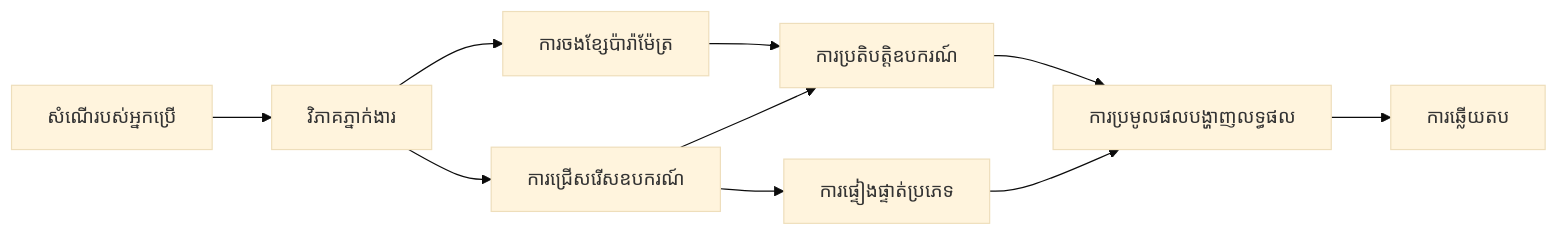
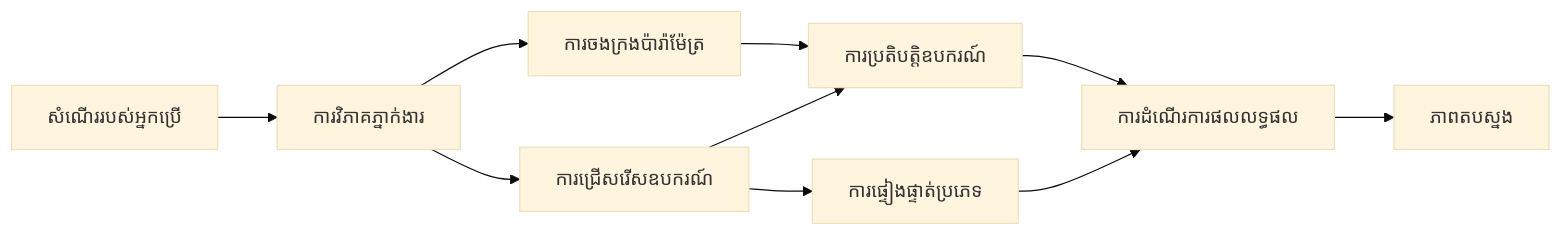
Before and after one commit to venturemavenwill/azureaifundamentals: the diagram in translations/km/04-tool-use/code_samples/04-dotnet-agent-framework.md, drawn with Mermaid (base theme). The commit also changed other lines of this file and 2002 other files, not shown here.

````diff
--- a/translations/km/04-tool-use/code_samples/04-dotnet-agent-framework.md
+++ b/translations/km/04-tool-use/code_samples/04-dotnet-agent-framework.md
@@ -40,12 +40,12 @@
 ```mermaid
 graph LR
-    A[សំណើរបស់អ្នកប្រើ] --> B[វិភាគភ្នាក់ងារ]
+    A[សំណើររបស់អ្នកប្រើ] --> B[ការវិភាគភ្នាក់ងារ]
     B --> C[ការជ្រើសរើសឧបករណ៍]
     C --> D[ការផ្ទៀងផ្ទាត់ប្រភេទ]
-    B --> E[ការចងខ្សែប៉ារ៉ាម៉ែត្រ]
-    E --> F[ការប្រតិបត្ដិឧបករណ៍]
+    B --> E[ការចងក្រងប៉ារ៉ាម៉ែត្រ]
+    E --> F[ការប្រតិបត្តិឧបករណ៍]
     C --> F
-    F --> G[ការប្រមូលផលបង្ហាញលទ្ធផល]
+    F --> G[ការដំណើរការផលលទ្ធផល]
     D --> G
-    G --> H[ការឆ្លើយតប]
+    G --> H[ភាពតបស្នង]
 ```
````
